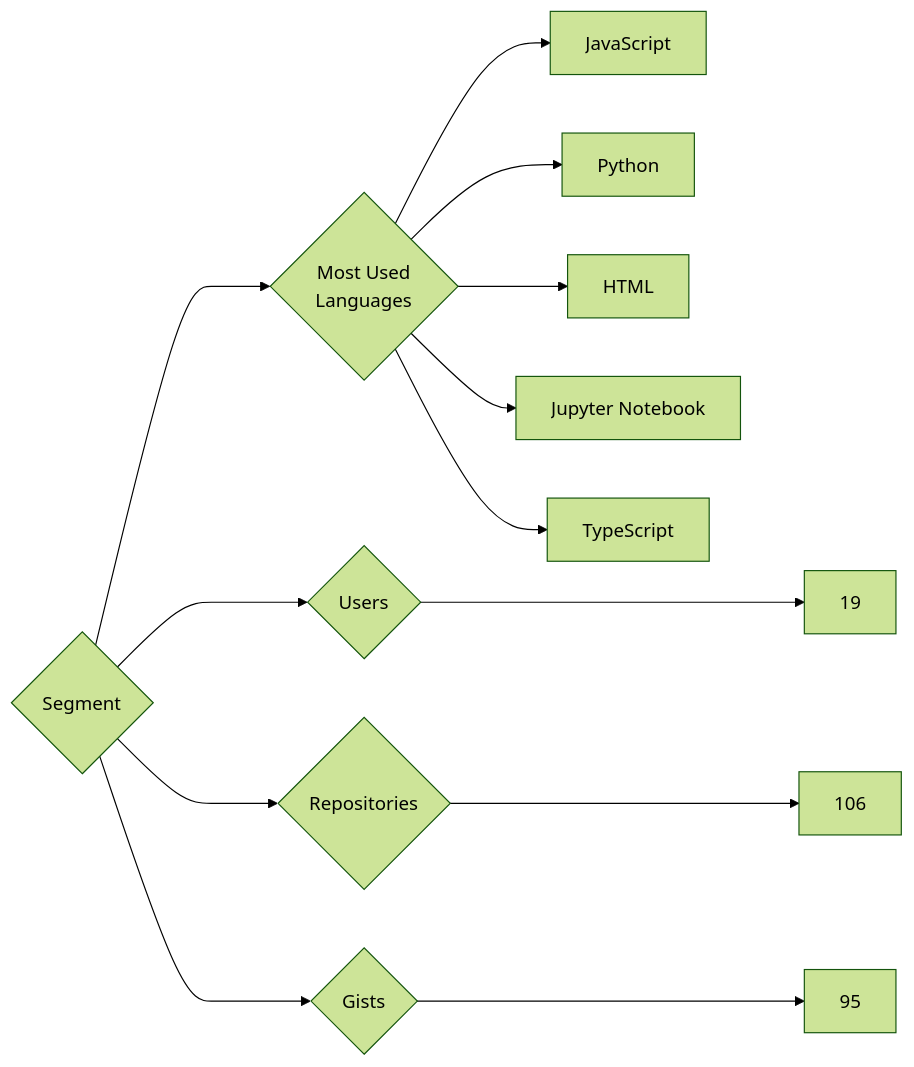
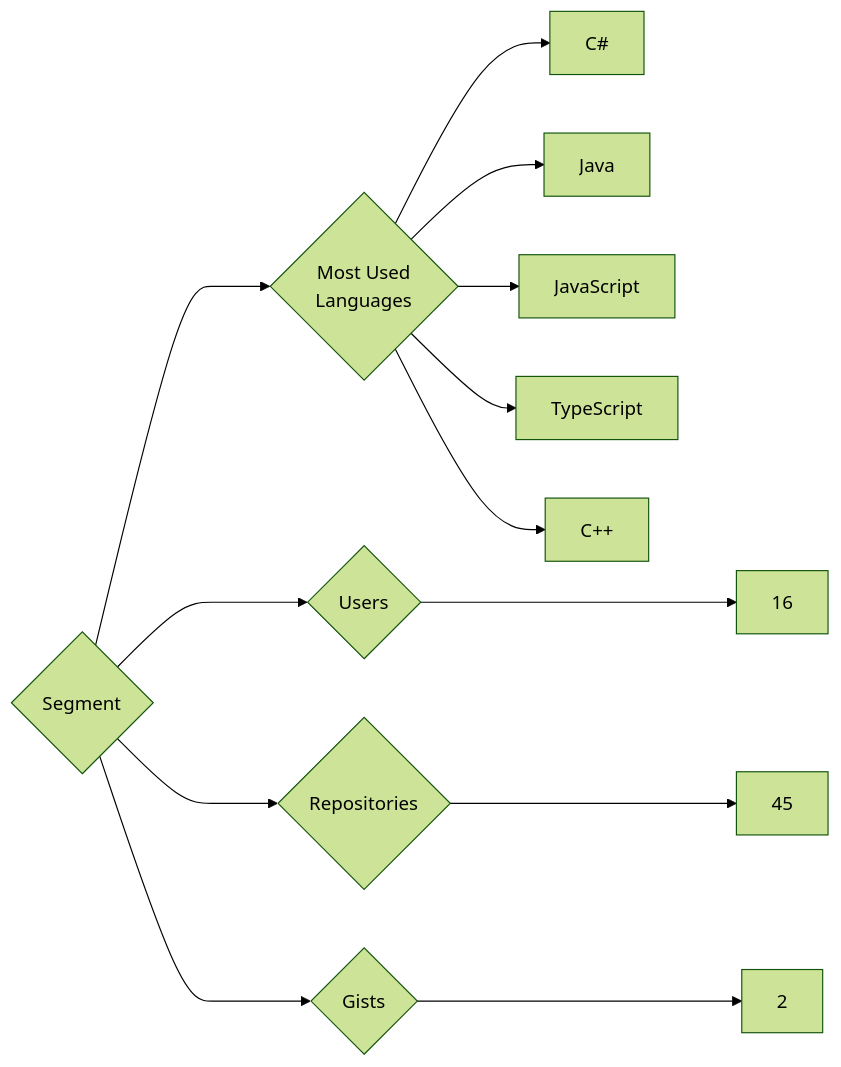
One commit to trickest/insiders changed the diagram in targets/Segment/README.md. Above: the diagram before and after it, drawn with Mermaid (forest theme). The commit also changed 839 other files, not shown here.

````diff
--- a/targets/Segment/README.md
+++ b/targets/Segment/README.md
@@ -3,13 +3,13 @@
 ```mermaid
 graph LR
 COMPANY_NAME{Segment}
-COMPANY_NAME ---> U{Users} ---> UN[19]
-COMPANY_NAME ---> R{Repositories} ---> RN[106]
-COMPANY_NAME ---> G{Gists} ---> GN[95]
+COMPANY_NAME ---> U{Users} ---> UN[16]
+COMPANY_NAME ---> R{Repositories} ---> RN[45]
+COMPANY_NAME ---> G{Gists} ---> GN[2]
 COMPANY_NAME ---> ML{Most Used<br>Languages}
+ML --> C#[C#]
+ML --> Java[Java]
 ML --> JavaScript[JavaScript]
-ML --> Python[Python]
-ML --> HTML[HTML]
-ML --> Jupyter_Notebook[Jupyter Notebook]
 ML --> TypeScript[TypeScript]
+ML --> C++[C++]
 ```
````
